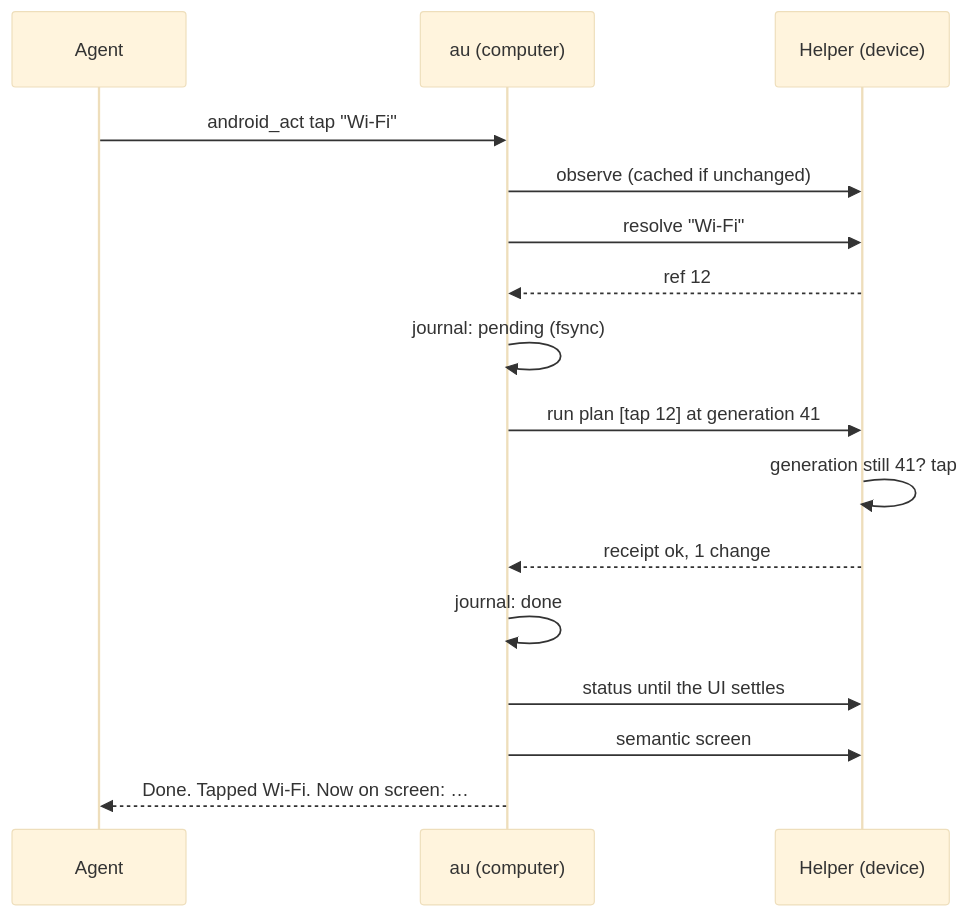
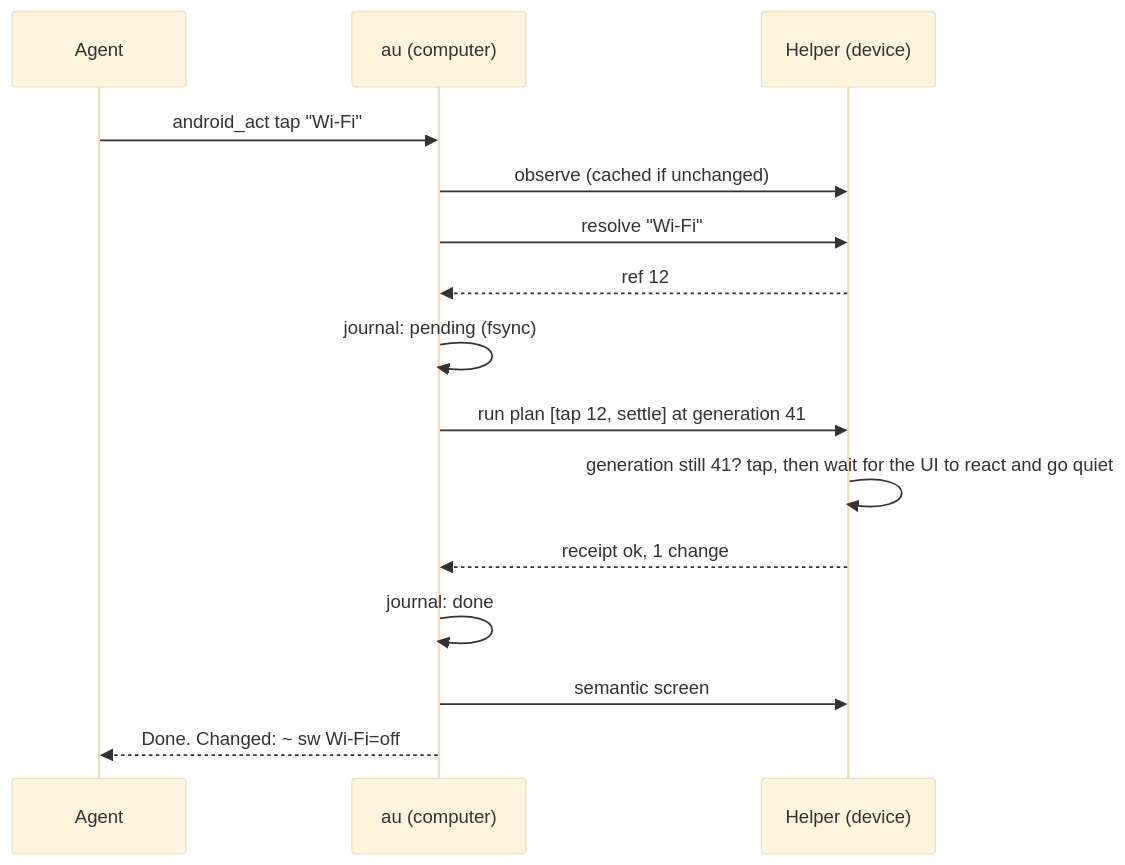
One commit to Leviathangk/android-use changed the diagram in docs/concepts/architecture.md. Above: the diagram before and after it, drawn with Mermaid (base theme). The commit also changed other lines of this file and 9 other files, not shown here.

````diff
--- a/docs/concepts/architecture.md
+++ b/docs/concepts/architecture.md
@@ -9,18 +9,17 @@
 ```mermaid
 sequenceDiagram
     participant Agent
     participant au as au (computer)
     participant Helper as Helper (device)
     Agent->>au: android_act  tap "Wi-Fi"
     au->>Helper: observe (cached if unchanged)
     au->>Helper: resolve "Wi-Fi"
     Helper-->>au: ref 12
     au->>au: journal: pending (fsync)
-    au->>Helper: run plan [tap 12] at generation 41
-    Helper->>Helper: generation still 41? tap
+    au->>Helper: run plan [tap 12, settle] at generation 41
+    Helper->>Helper: generation still 41? tap, then wait for the UI to react and go quiet
     Helper-->>au: receipt ok, 1 change
     au->>au: journal: done
-    au->>Helper: status until the UI settles
     au->>Helper: semantic screen
-    au-->>Agent: Done. Tapped Wi-Fi. Now on screen: …
+    au-->>Agent: Done. Changed: ~ sw Wi-Fi=off
 ```
````
